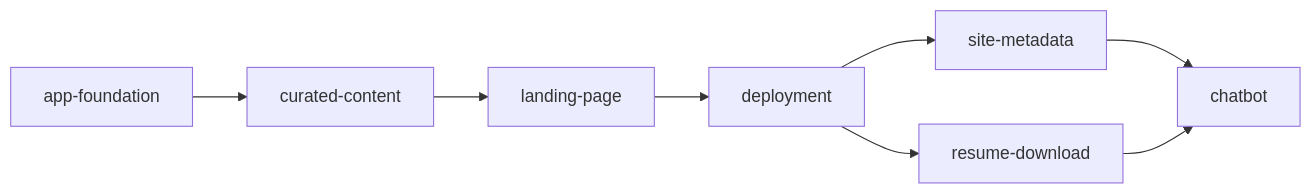
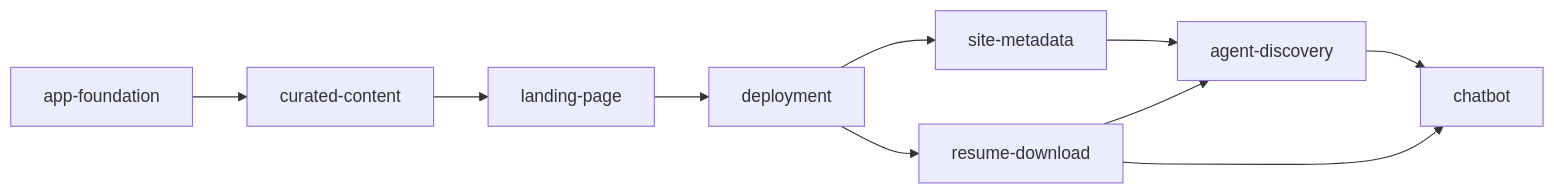
Before and after one commit to mauriciozaffari/portfolio: the second of 2 diagrams in features/TODO.md, drawn with Mermaid. The commit also changed other lines of this file and 3 other files, not shown here.

First line of the commit message:
Record agent discovery in the backlog and close the cookie gap

````diff
--- a/features/TODO.md
+++ b/features/TODO.md
@@ -49,8 +49,10 @@
 ```mermaid
 flowchart LR
   F[app-foundation] --> C[curated-content] --> L[landing-page] --> D[deployment]
   D --> M[site-metadata]
   D --> R[resume-download]
-  M --> B[chatbot]
+  M --> A[agent-discovery]
+  R --> A
+  A --> B[chatbot]
   R --> B
 ```
````
